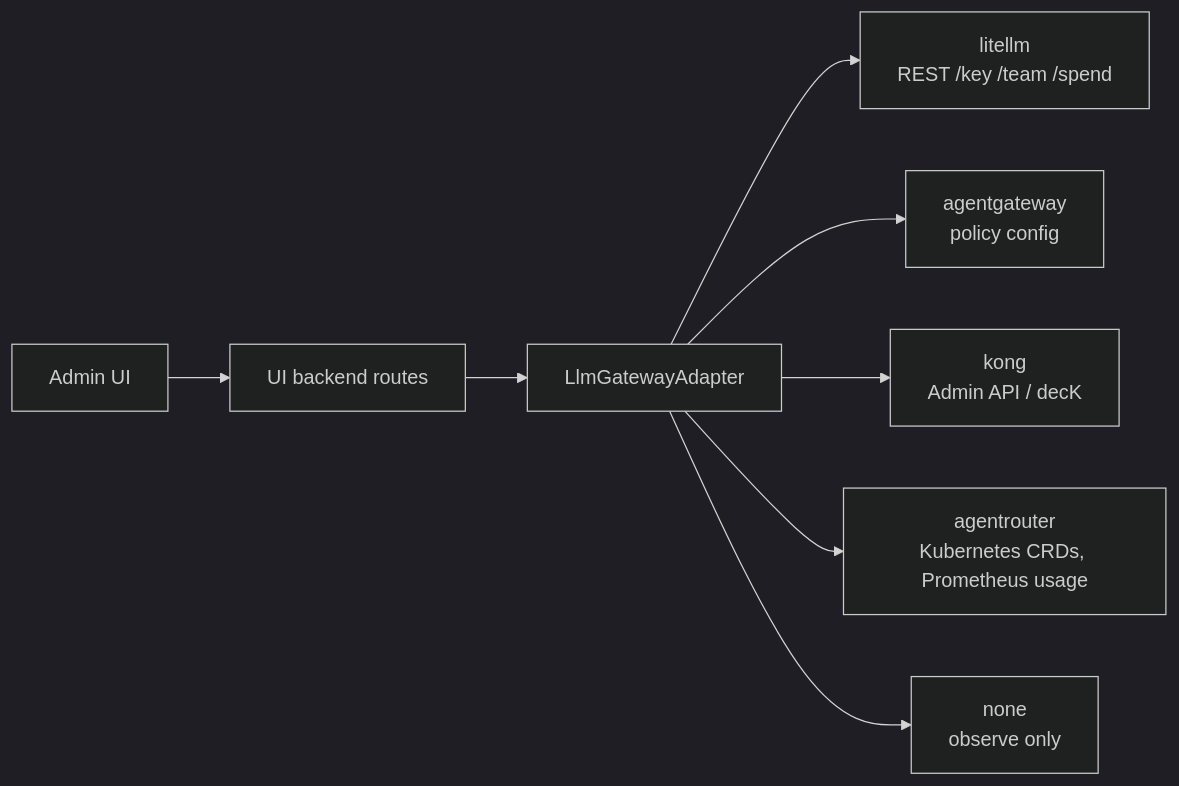
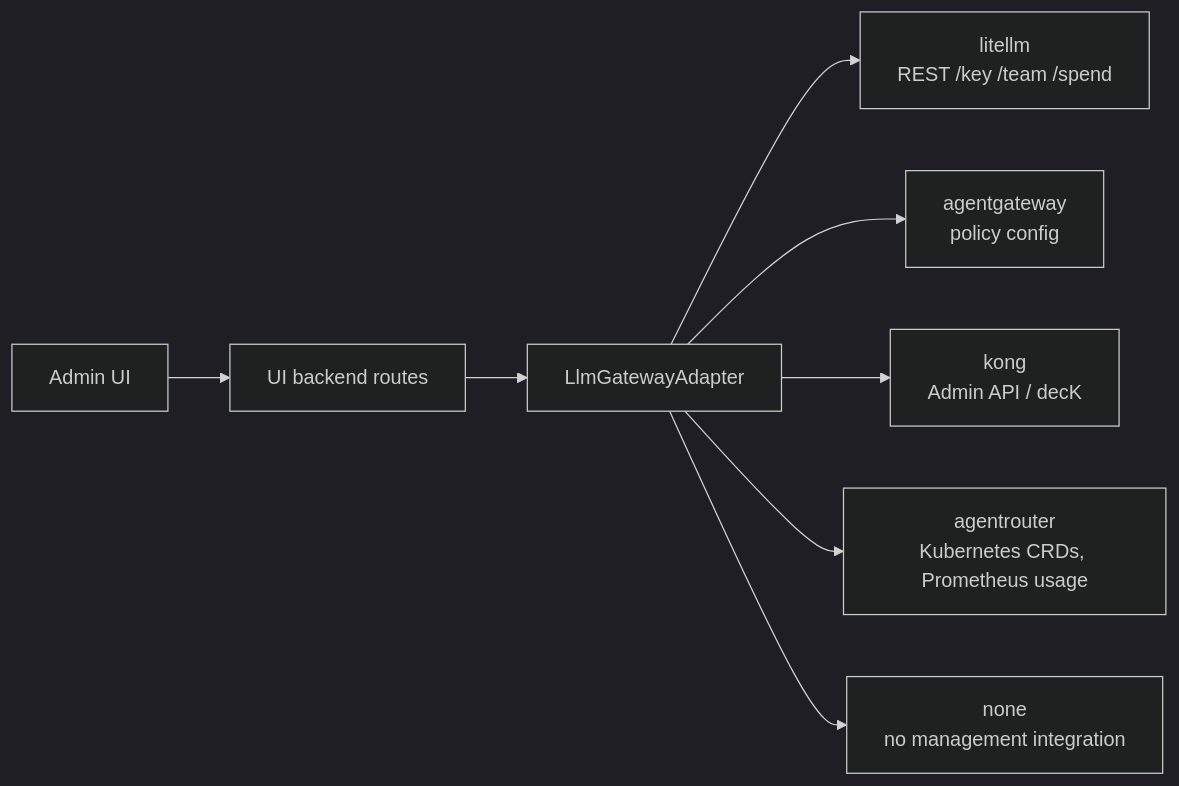
One commit to cnoe-io/ai-platform-engineering changed the diagram in docs/docs/specs/2026-10-10-byo-llm-gateway-budgets-quotas/contracts/gateway-adapter.md. Above: the diagram before and after it, drawn with Mermaid (dark theme). The commit also changed other lines of this file and 4 other files, not shown here.

````diff
--- a/docs/docs/specs/2026-10-10-byo-llm-gateway-budgets-quotas/contracts/gateway-adapter.md
+++ b/docs/docs/specs/2026-10-10-byo-llm-gateway-budgets-quotas/contracts/gateway-adapter.md
@@ -5,9 +16,9 @@
 ```mermaid
 flowchart LR
   ui["Admin UI"] --> bff["UI backend routes"] --> ad["LlmGatewayAdapter"]
   ad --> l["litellm<br/>REST /key /team /spend"]
   ad --> ag["agentgateway<br/>policy config"]
   ad --> k["kong<br/>Admin API / decK"]
   ad --> ar["agentrouter<br/>Kubernetes CRDs, Prometheus usage"]
-  ad --> n["none<br/>observe only"]
+  ad --> n["none<br/>no management integration"]
 ```
````
